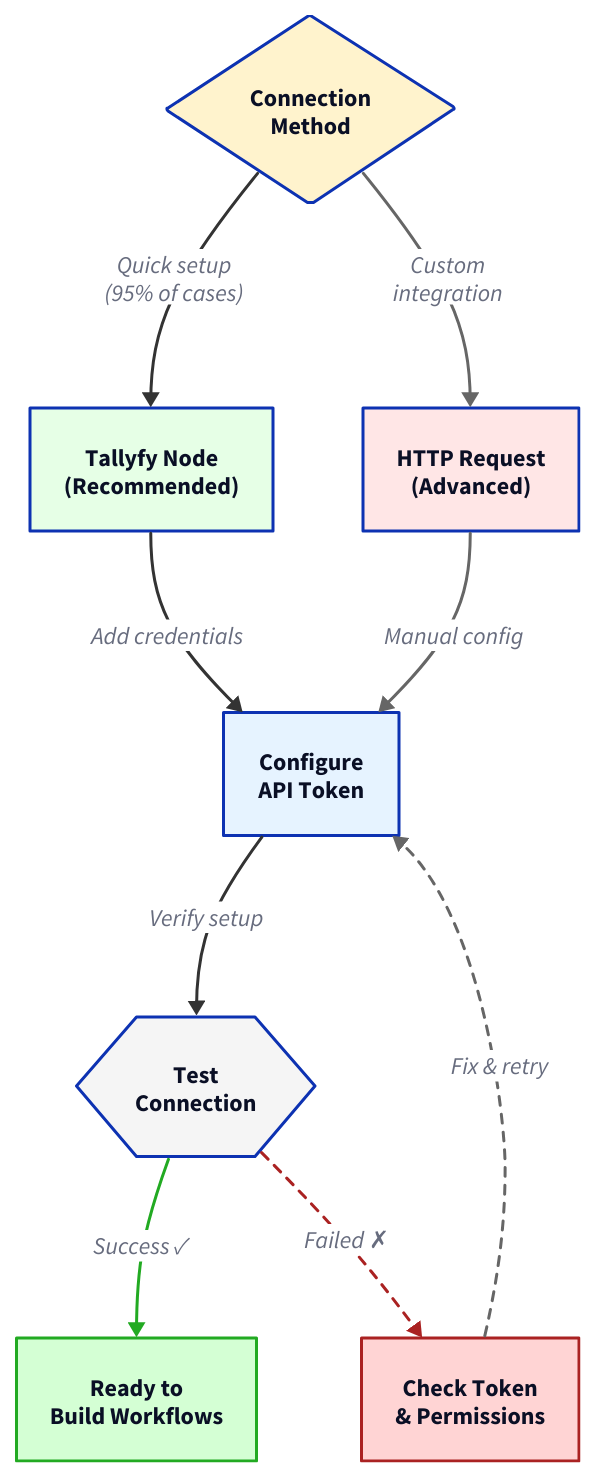
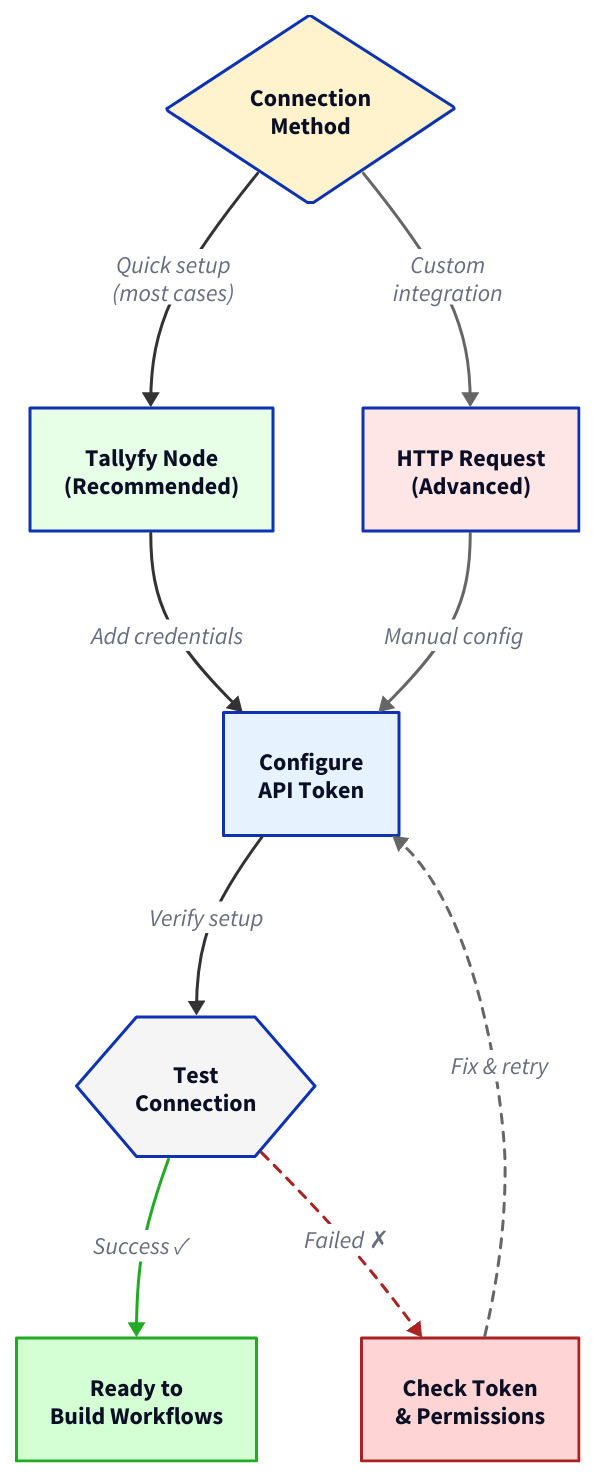
The first of 2 diagrams in src/content/docs/pro/integrations/middleware/n8n/connecting-n8n-to-tallyfy.mdx (tallyfy/documentation), drawn with D2 before and after one commit. The commit also changed other lines of this file and 173 other files, not shown here.

````diff
--- a/src/content/docs/pro/integrations/middleware/n8n/connecting-n8n-to-tallyfy.mdx
+++ b/src/content/docs/pro/integrations/middleware/n8n/connecting-n8n-to-tallyfy.mdx
@@ -25,77 +25,77 @@
 ```d2
 direction: down
 
 Method: "Connection\nMethod" {
   shape: diamond
   style.fill: "#fff3cd"
 }
 
 Node: "Tallyfy Node\n(Recommended)" {
   shape: rectangle
   style.fill: "#e6ffe6"
 }
 
 HTTP: "HTTP Request\n(Advanced)" {
   shape: rectangle
   style.fill: "#ffe6e6"
 }
 
 Auth: "Configure\nAPI Token" {
   shape: rectangle
   style.fill: "#e6f3ff"
 }
 
 Test: "Test\nConnection" {
   shape: hexagon
   style.fill: "#f5f5f5"
 }
 
 Ready: "Ready to\nBuild Workflows" {
   shape: rectangle
   style.fill: "#d4ffd4"
   style.stroke: "#22aa22"
   style.stroke-width: 2
 }
 
 Debug: "Check Token\n& Permissions" {
   shape: rectangle
   style.fill: "#ffd4d4"
   style.stroke: "#aa2222"
 }
 
-Method -> Node: "Quick setup\n(95% of cases)" {
+Method -> Node: "Quick setup\n(most cases)" {
   style.stroke: "#333"
   style.stroke-width: 2
 }
 
 Method -> HTTP: "Custom\nintegration" {
   style.stroke: "#666"
 }
 
 Node -> Auth: "Add credentials" {
   style.stroke: "#333"
 }
 
 HTTP -> Auth: "Manual config" {
   style.stroke: "#666"
 }
 
 Auth -> Test: "Verify setup" {
   style.stroke: "#333"
 }
 
 Test -> Ready: "Success ✓" {
   style.stroke: "#22aa22"
   style.stroke-width: 2
 }
 
 Test -> Debug: "Failed ✗" {
   style.stroke: "#aa2222"
   style.stroke-dash: 3
 }
 
 Debug -> Auth: "Fix & retry" {
   style.stroke: "#666"
   style.stroke-dash: 3
 }
 ```
````
